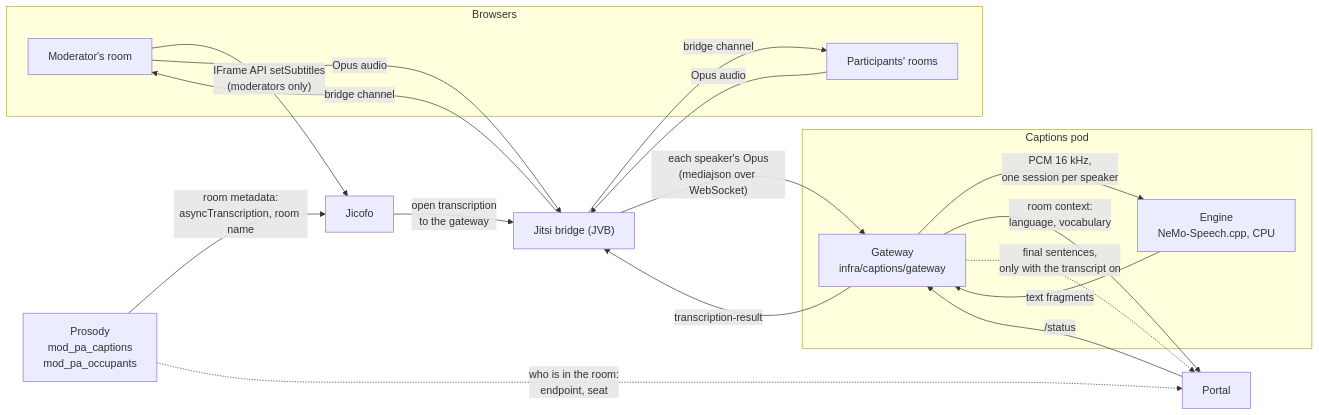
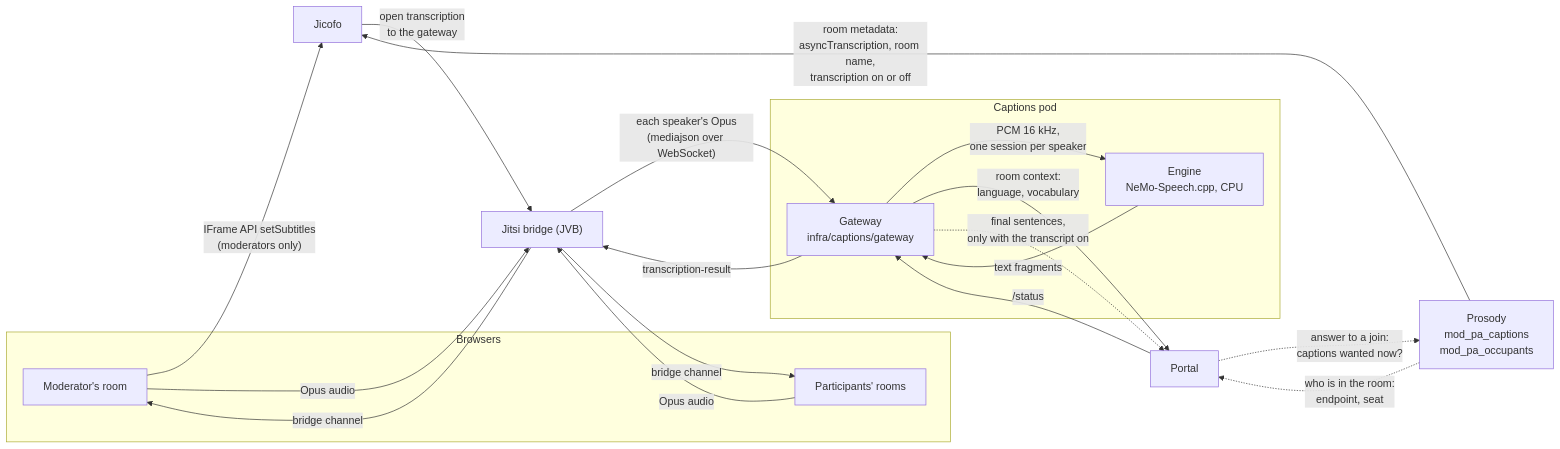
One commit to italia/pa-webinar changed the first of 2 diagrams in docs/architecture/live-captions.md. Above: the diagram before and after it, drawn with Mermaid. The commit also changed other lines of this file and 17 other files, not shown here.

````diff
--- a/docs/architecture/live-captions.md
+++ b/docs/architecture/live-captions.md
@@ -9,31 +9,32 @@
 ```mermaid
 flowchart LR
     subgraph Browsers
       M["Moderator's room"]
       P["Participants' rooms"]
     end
     JVB["Jitsi bridge (JVB)"]
     JIC["Jicofo"]
     PROS["Prosody<br/>mod_pa_captions<br/>mod_pa_occupants"]
     subgraph Captions["Captions pod"]
       GW["Gateway<br/>infra/captions/gateway"]
       EN["Engine<br/>NeMo-Speech.cpp, CPU"]
     end
     APP["Portal"]
 
-    PROS -->|"room metadata:<br/>asyncTranscription, room name"| JIC
+    PROS -->|"room metadata:<br/>asyncTranscription, room name,<br/>transcription on or off"| JIC
     M -->|"IFrame API setSubtitles<br/>(moderators only)"| JIC
     JIC -->|"open transcription<br/>to the gateway"| JVB
     M -->|"Opus audio"| JVB
     P -->|"Opus audio"| JVB
     JVB -->|"each speaker's Opus<br/>(mediajson over WebSocket)"| GW
     GW -->|"PCM 16 kHz,<br/>one session per speaker"| EN
     EN -->|"text fragments"| GW
     GW -->|"transcription-result"| JVB
     JVB -->|"bridge channel"| M
     JVB -->|"bridge channel"| P
     GW -->|"room context:<br/>language, vocabulary"| APP
     APP -->|"/status"| GW
     PROS -.->|"who is in the room:<br/>endpoint, seat"| APP
+    APP -.->|"answer to a join:<br/>captions wanted now?"| PROS
     GW -.->|"final sentences,<br/>only with the transcript on"| APP
 ```
````
